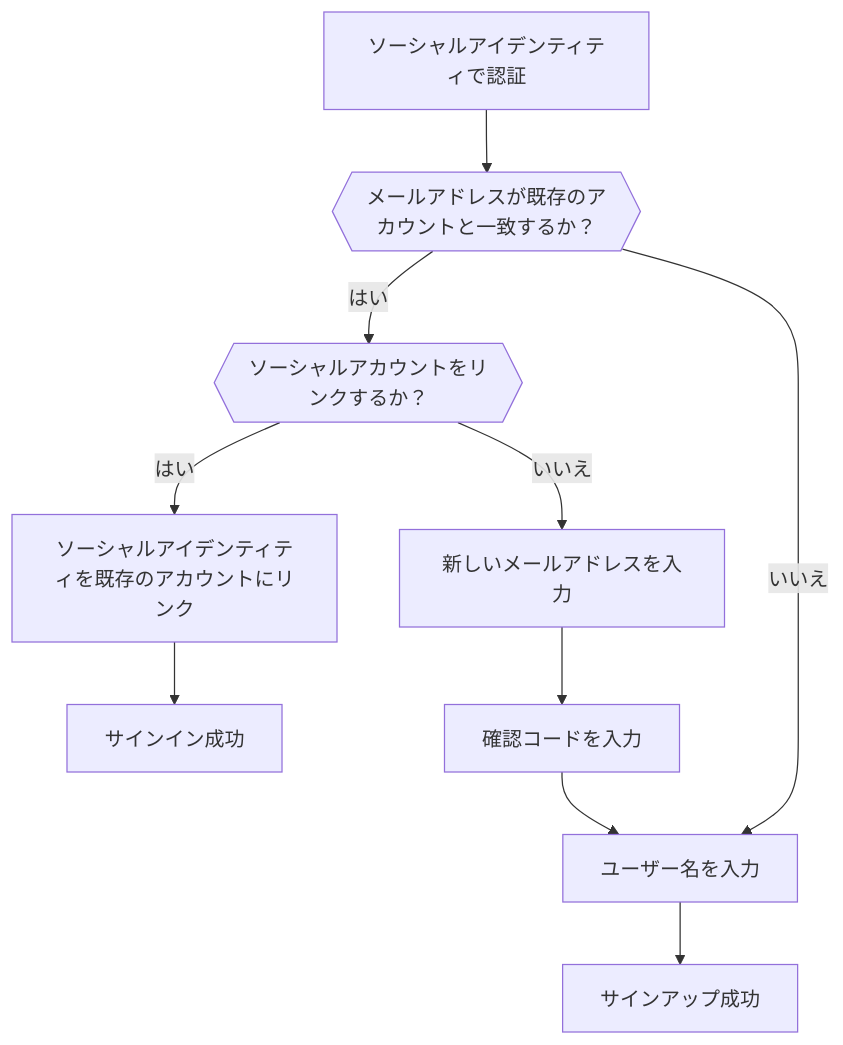
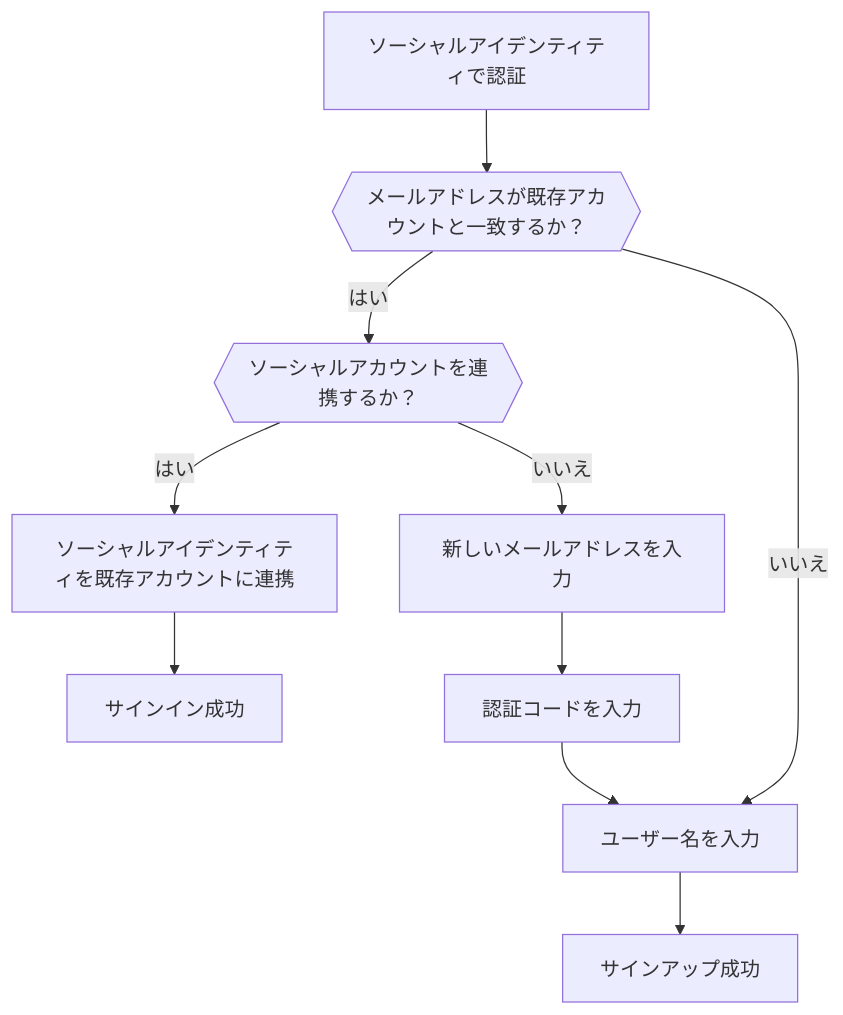
The fifth of 6 diagrams in i18n/ja/docusaurus-plugin-content-docs/current/end-user-flows/sign-up-and-sign-in/social-sign-in.mdx (logto-io/docs), drawn with Mermaid before and after one commit. The commit also changed other lines of this file and 59 other files, not shown here.

````diff
--- a/i18n/ja/docusaurus-plugin-content-docs/current/end-user-flows/sign-up-and-sign-in/social-sign-in.mdx
+++ b/i18n/ja/docusaurus-plugin-content-docs/current/end-user-flows/sign-up-and-sign-in/social-sign-in.mdx
@@ -167,12 +140,12 @@
    ```mermaid
       flowchart TD
-       A[ソーシャルアイデンティティで認証] --> B{{メールアドレスが既存のアカウントと一致するか？}}
-       B -- はい --> C{{ソーシャルアカウントをリンクするか？}}
-       C -- はい --> D[ソーシャルアイデンティティを既存のアカウントにリンク]
+       A[ソーシャルアイデンティティで認証] --> B{{メールアドレスが既存アカウントと一致するか？}}
+       B -- はい --> C{{ソーシャルアカウントを連携するか？}}
+       C -- はい --> D[ソーシャルアイデンティティを既存アカウントに連携]
        D --> E[サインイン成功]
        C -- いいえ --> F[新しいメールアドレスを入力]
-       F --> G[確認コードを入力]
+       F --> G[認証コードを入力]
        G --> H[ユーザー名を入力]
        H --> I[サインアップ成功]
        B -- いいえ --> H
    ```
````
